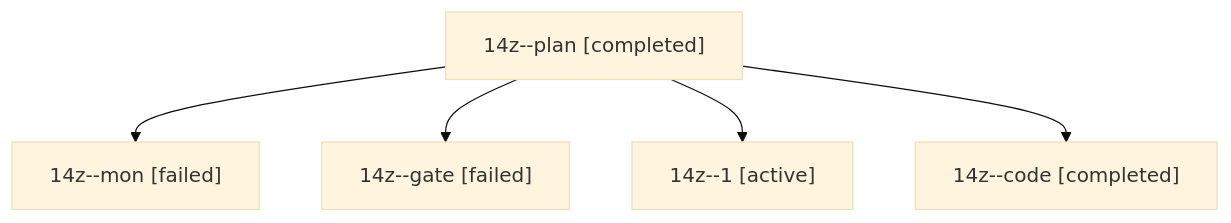
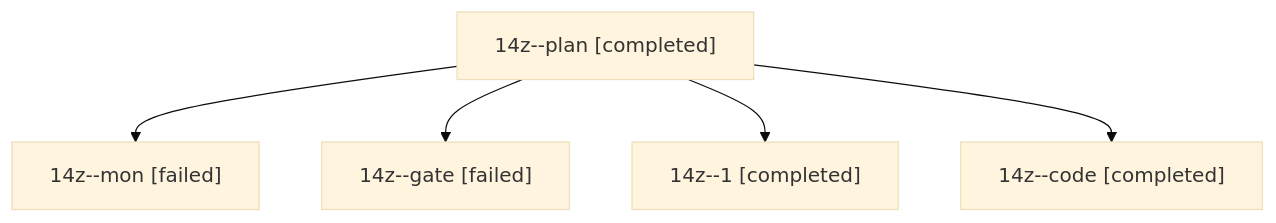
Before and after one commit to bobs-org/bob-cli--agents: the diagram in sessions/bbugyi200.athena.14z.md, drawn with Mermaid (base theme). The commit also changed other lines of this file and 103 other files, not shown here.

````diff
--- a/sessions/bbugyi200.athena.14z.md
+++ b/sessions/bbugyi200.athena.14z.md
@@ -9,12 +9,12 @@
 ```mermaid
 flowchart TD
   n0["14z--plan [completed]"]
   n1["14z--mon [failed]"]
   n0 --> n1
   n2["14z--gate [failed]"]
   n0 --> n2
-  n3["14z--1 [active]"]
+  n3["14z--1 [completed]"]
   n0 --> n3
   n4["14z--code [completed]"]
   n0 --> n4
 ```
````
